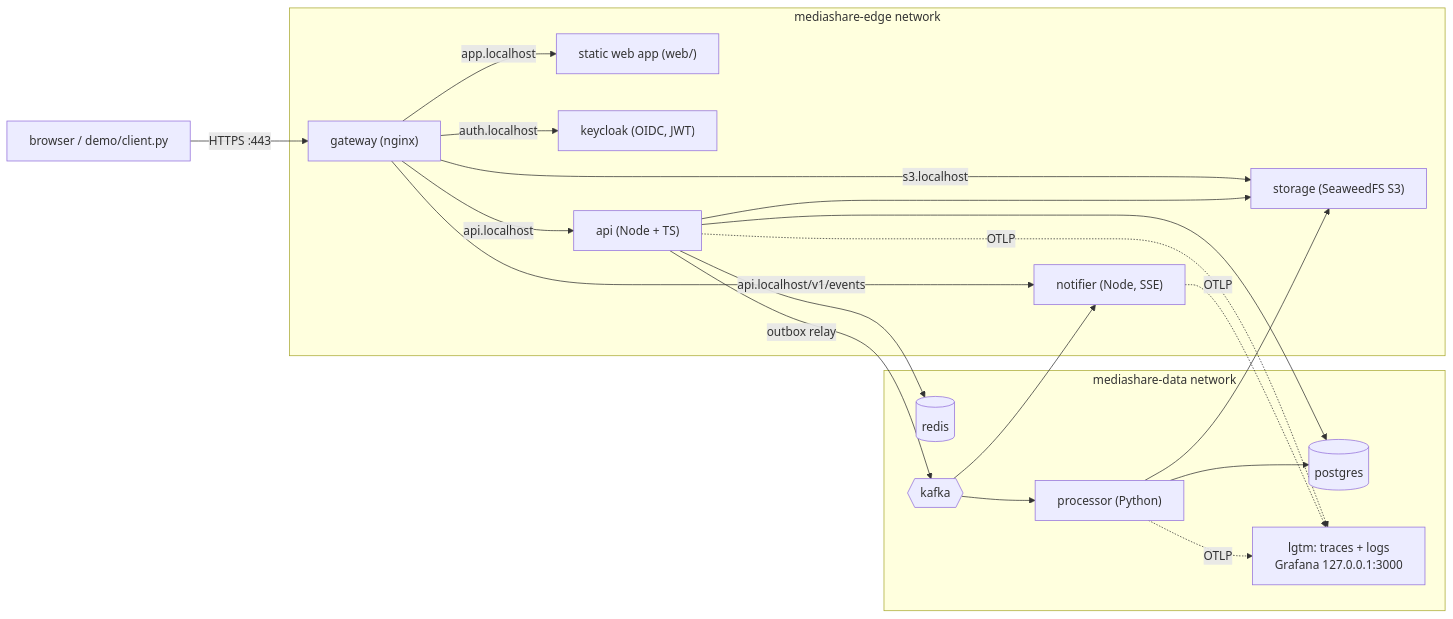
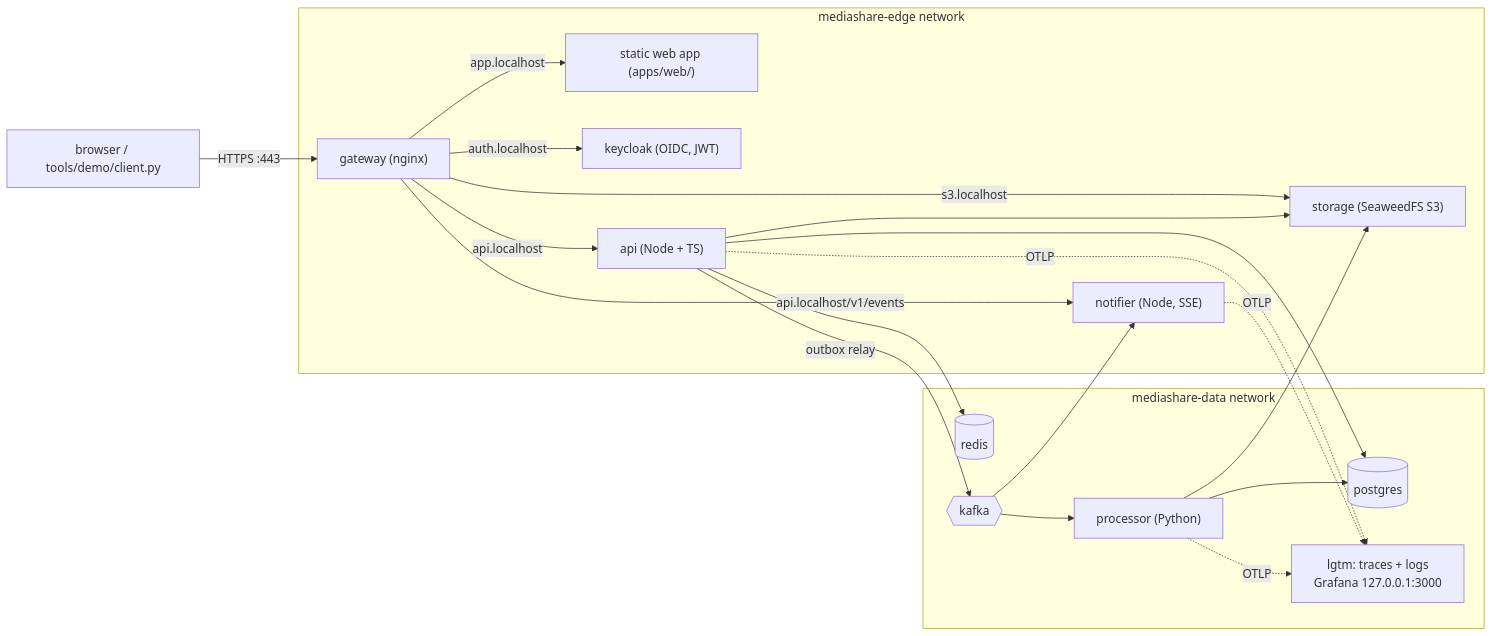
One commit to taraskhvyl/distributed-systems changed the first of 4 diagrams in docs/ARCHITECTURE.md. Above: the diagram before and after it, drawn with Mermaid. The commit also changed other lines of this file and 111 other files, not shown here.

First line of the commit message:
refactor: apps/packages/infra/tools layout; feature folders inside apps

````diff
--- a/docs/ARCHITECTURE.md
+++ b/docs/ARCHITECTURE.md
@@ -8,38 +8,38 @@
 ```mermaid
 flowchart LR
-  browser["browser / demo/client.py"] -- "HTTPS :443" --> gateway
+  browser["browser / tools/demo/client.py"] -- "HTTPS :443" --> gateway
 
   subgraph edge["mediashare-edge network"]
     gateway["gateway (nginx)"]
-    web["static web app (web/)"]
+    web["static web app (apps/web/)"]
     keycloak["keycloak (OIDC, JWT)"]
     api["api (Node + TS)"]
     notifier["notifier (Node, SSE)"]
     storage["storage (SeaweedFS S3)"]
     gateway -- "app.localhost" --> web
     gateway -- "auth.localhost" --> keycloak
     gateway -- "api.localhost" --> api
     gateway -- "api.localhost/v1/events" --> notifier
     gateway -- "s3.localhost" --> storage
   end
 
   subgraph data["mediashare-data network"]
     postgres[(postgres)]
     redis[(redis)]
     kafka{{kafka}}
     processor["processor (Python)"]
     lgtm["lgtm: traces + logs<br/>Grafana 127.0.0.1:3000"]
   end
 
   api --> postgres
   api --> redis
   api -- "outbox relay" --> kafka
   kafka --> processor
   kafka --> notifier
   processor --> postgres
   processor --> storage
   api --> storage
   api -. OTLP .-> lgtm
   notifier -. OTLP .-> lgtm
   processor -. OTLP .-> lgtm
 ```
````
